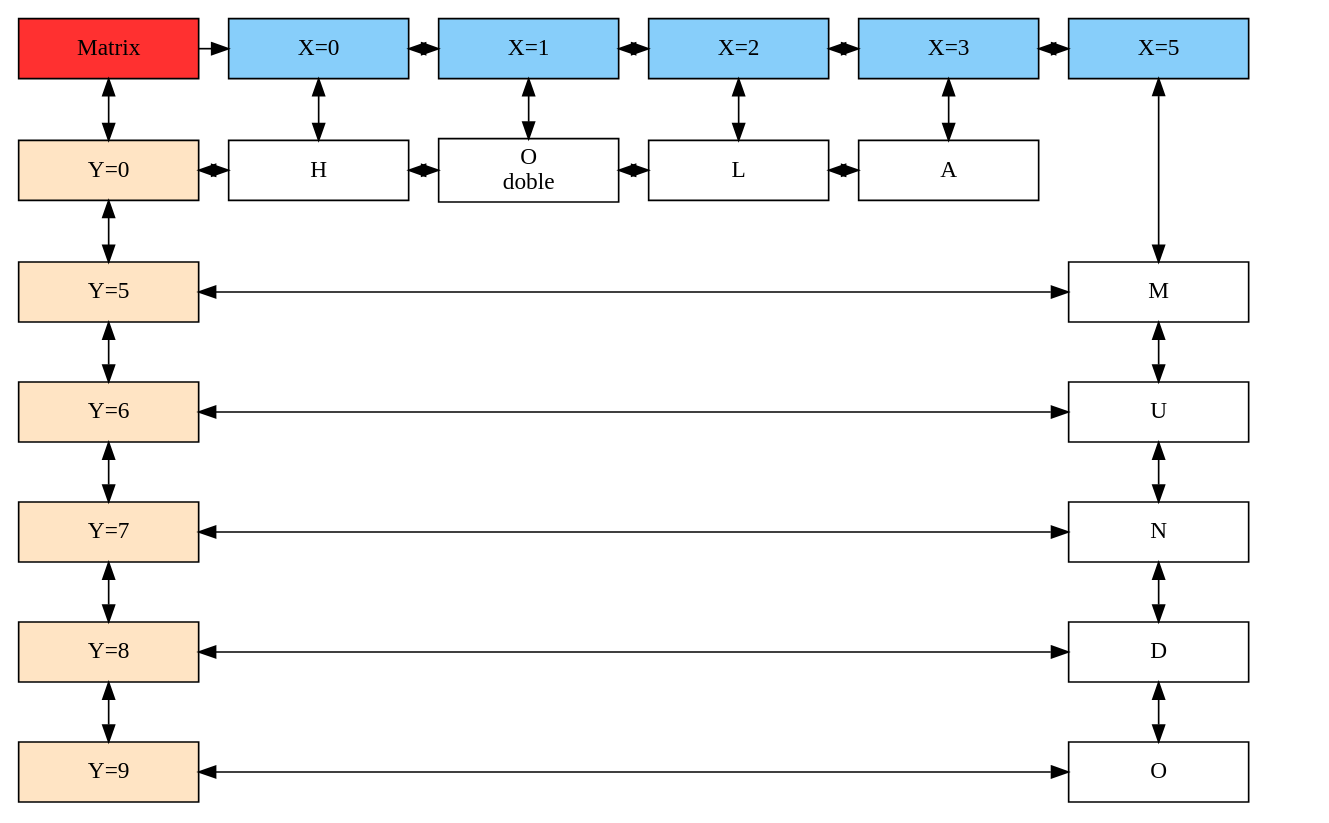
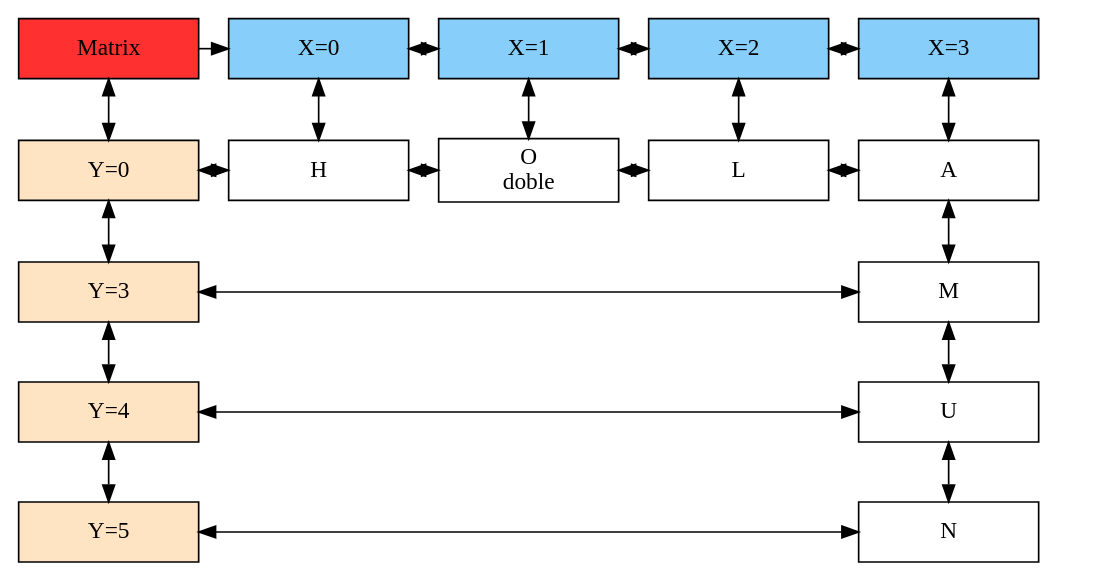
One commit to elJuanjoRamos/EDD_1S2020_PY1_201801262 changed the diagram in EDD_Proyecto1/EDD_Proyecto1/Matrix.dot. Above: the diagram before and after it, drawn with Graphviz. The commit also changed 22 other files, not shown here.

```diff
--- a/EDD_Proyecto1/EDD_Proyecto1/Matrix.dot
+++ b/EDD_Proyecto1/EDD_Proyecto1/Matrix.dot
@@ -1,68 +1,52 @@
 digraph Sparce_Matrix { 
  node [shape=box]
 	Mt[ label = "Matrix", width = 1.5, style = filled, fillcolor = firebrick1, group = 1 ];
 	e0[ shape = point, width = 0 ];
 e1[shape = point, width = 0];
 Nodox2 [label = "X=0" width = 1.5 style = filled, fillcolor = lightskyblue, group =2];
 Nodox5 [label = "X=1" width = 1.5 style = filled, fillcolor = lightskyblue, group =5];
 Nodox7 [label = "X=2" width = 1.5 style = filled, fillcolor = lightskyblue, group =7];
-Nodox9 [label = "X=3" width = 1.5 style = filled, fillcolor = lightskyblue, group =9];
-Nodox11 [label = "X=5"width = 1.5 style = filled, fillcolor = lightskyblue, group =11];
+Nodox9 [label = "X=3"width = 1.5 style = filled, fillcolor = lightskyblue, group =9];
 Nodoy3->Nodoy4[constraint=false, dir=both];
 Nodoy4->Nodoy6[constraint=false, dir=both];
 Nodoy6->Nodoy8[constraint=false, dir=both];
 Nodoy8->Nodoy10[constraint=false, dir=both];
-Nodoy12->Nodoy13[constraint=false, dir=both];
-Nodoy14->Nodoy15[constraint=false, dir=both];
-Nodoy16->Nodoy17[constraint=false, dir=both];
-Nodoy18->Nodoy19[constraint=false, dir=both];
-Nodoy20->Nodoy21[constraint=false, dir=both];
+Nodoy11->Nodoy12[constraint=false, dir=both];
+Nodoy13->Nodoy14[constraint=false, dir=both];
+Nodoy15->Nodoy16[constraint=false, dir=both];
 Nodoy3 [label = "Y=0" width = 1.5 style = filled, fillcolor = bisque1, group = 1  ];
-Nodoy12 [label = "Y=5" width = 1.5 style = filled, fillcolor = bisque1, group = 1  ];
-Nodoy14 [label = "Y=6" width = 1.5 style = filled, fillcolor = bisque1, group = 1  ];
-Nodoy16 [label = "Y=7" width = 1.5 style = filled, fillcolor = bisque1, group = 1  ];
-Nodoy18 [label = "Y=8" width = 1.5 style = filled, fillcolor = bisque1, group = 1  ];
-Nodoy20 [label = "Y=9"width = 1.5 style = filled, fillcolor = bisque1, group = 1  ];
+Nodoy11 [label = "Y=3" width = 1.5 style = filled, fillcolor = bisque1, group = 1  ];
+Nodoy13 [label = "Y=4" width = 1.5 style = filled, fillcolor = bisque1, group = 1  ];
+Nodoy15 [label = "Y=5"width = 1.5 style = filled, fillcolor = bisque1, group = 1  ];
 Nodox2->Nodoy4[dir=both]
 Nodox5->Nodoy6[dir=both]
 Nodox7->Nodoy8[dir=both]
 Nodox9->Nodoy10[dir=both]
-Nodox11->Nodoy13[dir=both]
-Nodoy13->Nodoy15[dir=both];
-Nodoy15->Nodoy17[dir=both];
-Nodoy17->Nodoy19[dir=both];
-Nodoy19->Nodoy21[dir=both];
+Nodoy10->Nodoy12[dir=both];
+Nodoy12->Nodoy14[dir=both];
+Nodoy14->Nodoy16[dir=both];
 Mt->Nodox2;
 Nodox2->Nodox5[dir=both];
 Nodox5->Nodox7[dir=both];
 Nodox7->Nodox9[dir=both];
-Nodox9->Nodox11[dir=both];
 Mt->Nodoy3[dir=both];
-Nodoy3->Nodoy12[dir=both];
-Nodoy12->Nodoy14[dir=both];
-Nodoy14->Nodoy16[dir=both];
-Nodoy16->Nodoy18[dir=both];
-Nodoy18->Nodoy20[dir=both];
- { rank = same; Mt; Nodox2; Nodox5; Nodox7; Nodox9; Nodox11}
+Nodoy3->Nodoy11[dir=both];
+Nodoy11->Nodoy13[dir=both];
+Nodoy13->Nodoy15[dir=both];
+ { rank = same; Mt; Nodox2; Nodox5; Nodox7; Nodox9}
 Nodoy3[label = "Y=0" width = 1.5, group = 1];
 Nodoy4[label = "H" width = 1.5, group = 2];
 Nodoy6[label = "O\n doble" width = 1.5, group = 5];
 Nodoy8[label = "L" width = 1.5, group = 7];
 Nodoy10[label = "A" width = 1.5, group = 9];
-Nodoy12[label = "Y=5" width = 1.5, group = 1];
-Nodoy13[label = "M" width = 1.5, group = 11];
-Nodoy14[label = "Y=6" width = 1.5, group = 1];
-Nodoy15[label = "U" width = 1.5, group = 11];
-Nodoy16[label = "Y=7" width = 1.5, group = 1];
-Nodoy17[label = "N" width = 1.5, group = 11];
-Nodoy18[label = "Y=8" width = 1.5, group = 1];
-Nodoy19[label = "D" width = 1.5, group = 11];
-Nodoy20[label = "Y=9" width = 1.5, group = 1];
-Nodoy21[label = "O" width = 1.5, group = 11];
+Nodoy11[label = "Y=3" width = 1.5, group = 1];
+Nodoy12[label = "M" width = 1.5, group = 9];
+Nodoy13[label = "Y=4" width = 1.5, group = 1];
+Nodoy14[label = "U" width = 1.5, group = 9];
+Nodoy15[label = "Y=5" width = 1.5, group = 1];
+Nodoy16[label = "N" width = 1.5, group = 9];
 {rank= same; Nodoy3;Nodoy4;Nodoy6;Nodoy8;Nodoy10}
- {rank=same;Nodoy12;Nodoy13}
- {rank=same;Nodoy14;Nodoy15}
- {rank=same;Nodoy16;Nodoy17}
- {rank=same;Nodoy18;Nodoy19}
- {rank=same;Nodoy20;Nodoy21}
+ {rank=same;Nodoy11;Nodoy12}
+ {rank=same;Nodoy13;Nodoy14}
+ {rank=same;Nodoy15;Nodoy16}
 }
```
